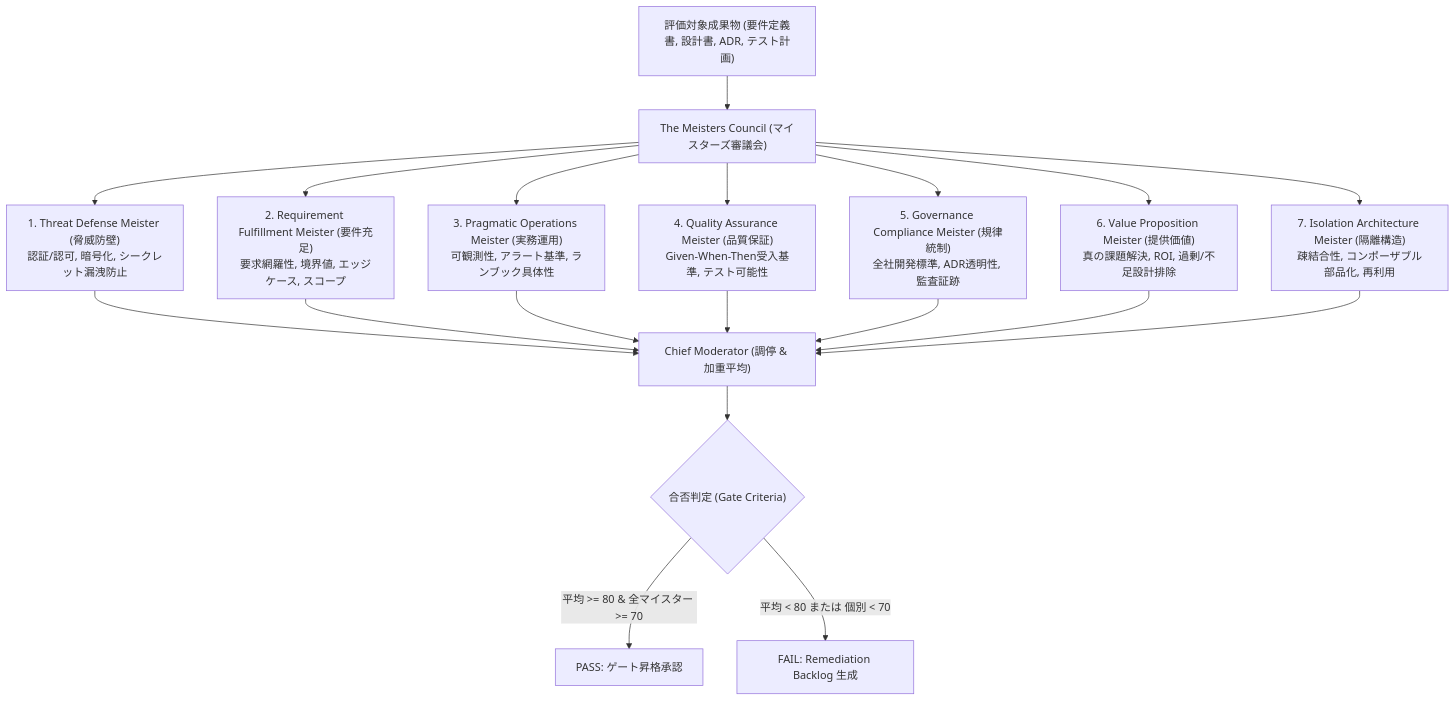
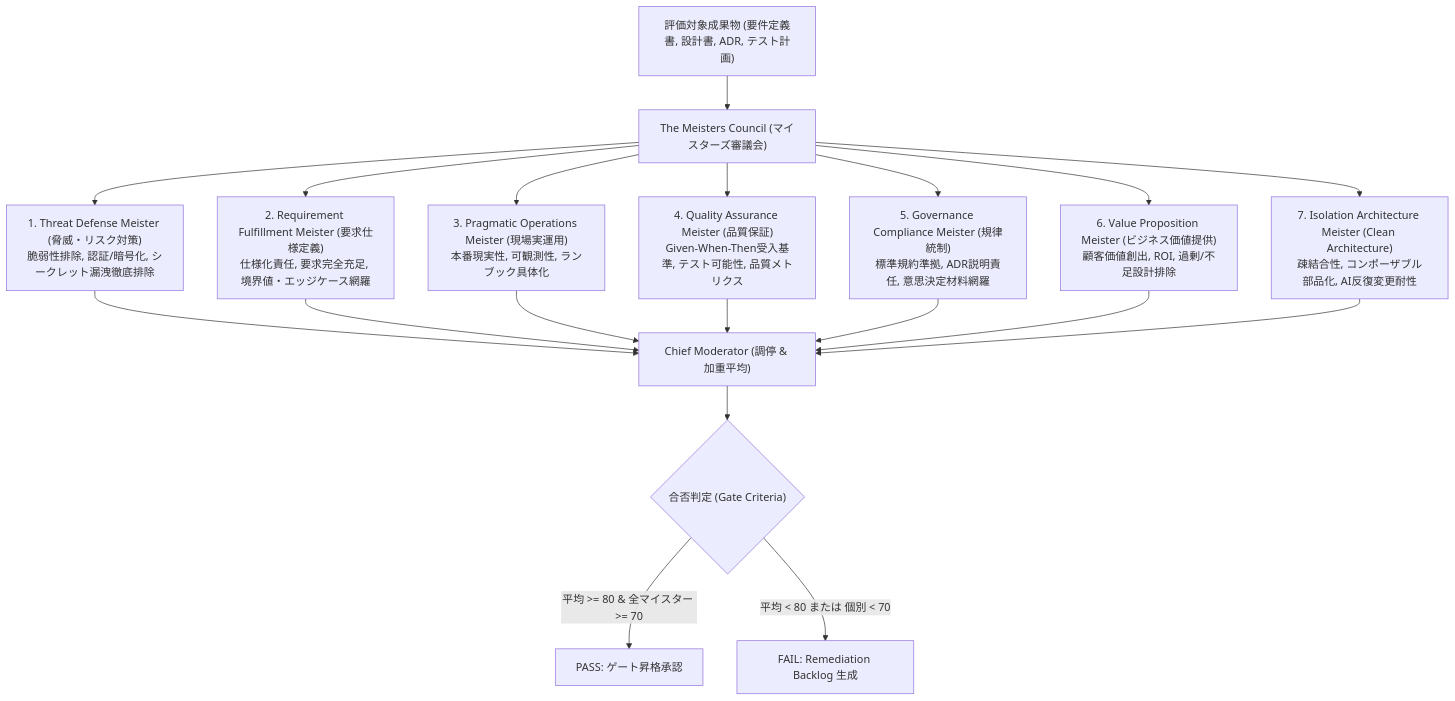
Before and after one commit to sun-flat-yamada/ai-sdlc: the diagram in .agents/skills/asdlc-meisters-review/SKILL.md, drawn with Mermaid. The commit also changed other lines of this file and 8 other files, not shown here.

Commit message:
fix(docs): escape mermaid edge labels and clarify meisters council roles

````diff
--- a/.agents/skills/asdlc-meisters-review/SKILL.md
+++ b/.agents/skills/asdlc-meisters-review/SKILL.md
@@ -18,17 +18,17 @@
 ```mermaid
 flowchart TD
     Doc["評価対象成果物 (要件定義書, 設計書, ADR, テスト計画)"] --> Council["The Meisters Council (マイスターズ審議会)"]
 
-    Council --> M1["1. Threat Defense Meister (脅威防壁)<br>認証/認可, 暗号化, シークレット漏洩防止"]
-    Council --> M2["2. Requirement Fulfillment Meister (要件充足)<br>要求網羅性, 境界値, エッジケース, スコープ"]
-    Council --> M3["3. Pragmatic Operations Meister (実務運用)<br>可観測性, アラート基準, ランブック具体性"]
-    Council --> M4["4. Quality Assurance Meister (品質保証)<br>Given-When-Then受入基準, テスト可能性"]
-    Council --> M5["5. Governance Compliance Meister (規律統制)<br>全社開発標準, ADR透明性, 監査証跡"]
-    Council --> M6["6. Value Proposition Meister (提供価値)<br>真の課題解決, ROI, 過剰/不足設計排除"]
-    Council --> M7["7. Isolation Architecture Meister (隔離構造)<br>疎結合性, コンポーザブル部品化, 再利用"]
+    Council --> M1["1. Threat Defense Meister (脅威・リスク対策)<br>脆弱性排除, 認証/暗号化, シークレット漏洩徹底排除"]
+    Council --> M2["2. Requirement Fulfillment Meister (要求仕様定義)<br>仕様化責任, 要求完全充足, 境界値・エッジケース網羅"]
+    Council --> M3["3. Pragmatic Operations Meister (現場実運用)<br>本番現実性, 可観測性, ランブック具体化"]
+    Council --> M4["4. Quality Assurance Meister (品質保証)<br>Given-When-Then受入基準, テスト可能性, 品質メトリクス"]
+    Council --> M5["5. Governance Compliance Meister (規律統制)<br>標準規約準拠, ADR説明責任, 意思決定材料網羅"]
+    Council --> M6["6. Value Proposition Meister (ビジネス価値提供)<br>顧客価値創出, ROI, 過剰/不足設計排除"]
+    Council --> M7["7. Isolation Architecture Meister (Clean Architecture)<br>疎結合性, コンポーザブル部品化, AI反復変更耐性"]
 
     M1 & M2 & M3 & M4 & M5 & M6 & M7 --> Mod["Chief Moderator (調停 & 加重平均)"]
     Mod --> Verdict{"合否判定 (Gate Criteria)"}
     Verdict -->|平均 >= 80 & 全マイスター >= 70| Pass["PASS: ゲート昇格承認"]
     Verdict -->|平均 < 80 または 個別 < 70| Fail["FAIL: Remediation Backlog 生成"]
 ```
````
